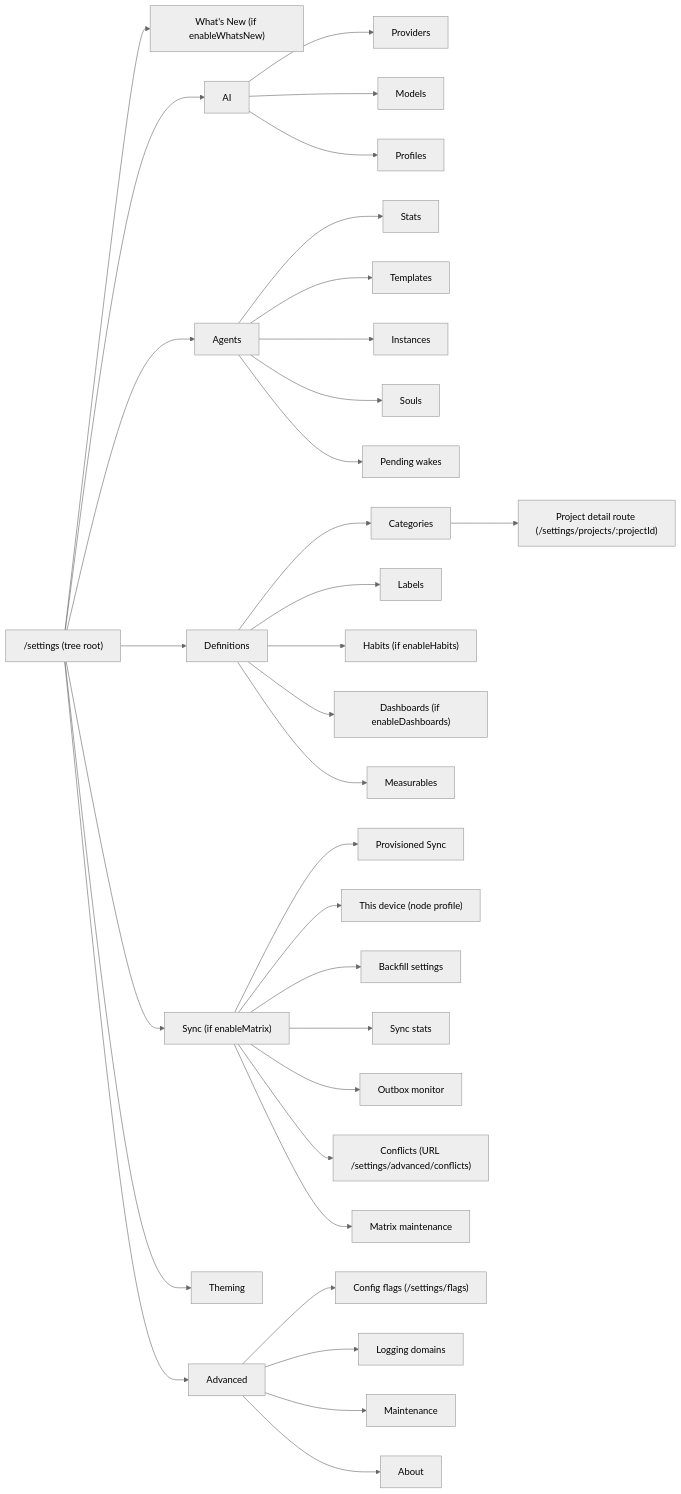
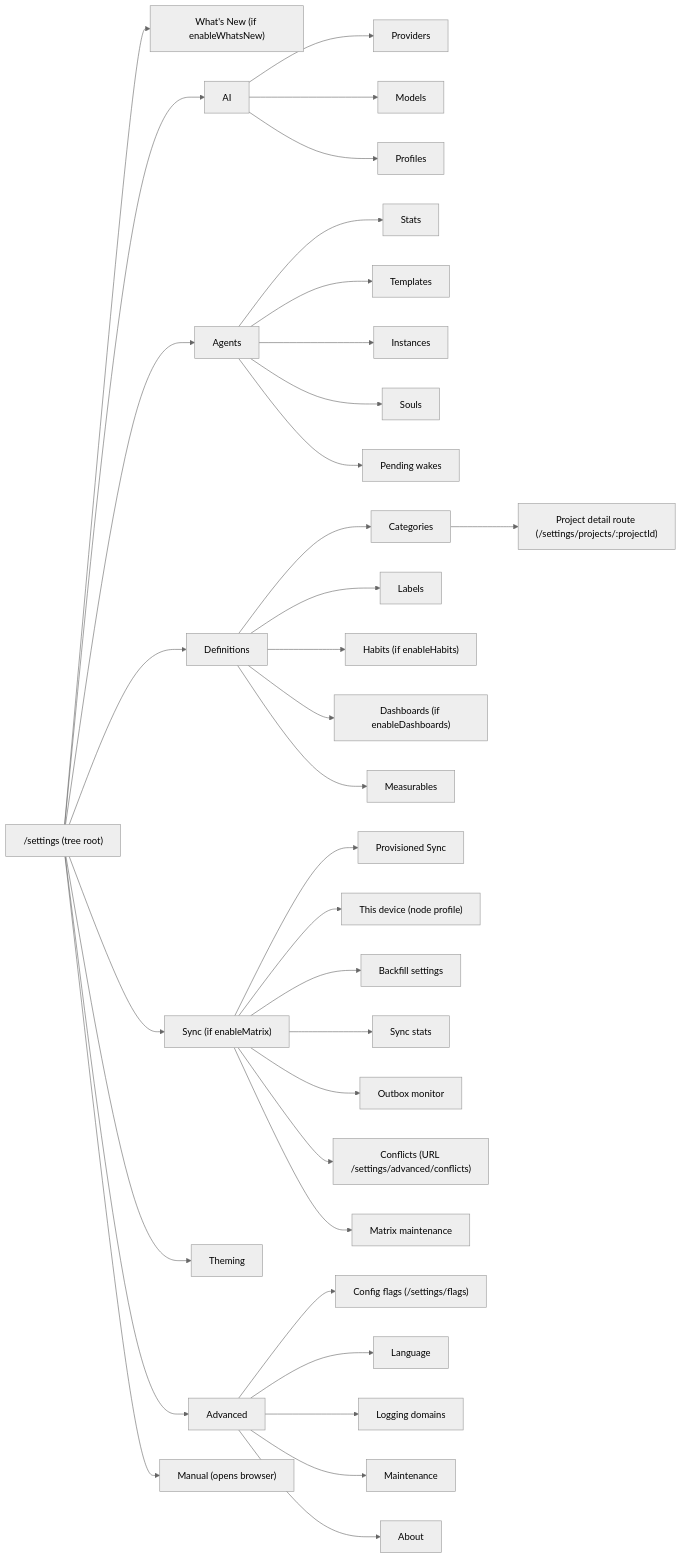
Before and after one commit to matthiasn/lotti: the fourth of 8 diagrams in lib/features/settings/README.md, drawn with Mermaid (neutral theme). The commit also changed other lines of this file and 53 other files, not shown here.

Commit message:
feat: add localized manual access and language override (#3505)

````diff
--- a/lib/features/settings/README.md
+++ b/lib/features/settings/README.md
@@ -245,39 +247,41 @@
 ```mermaid
 flowchart LR
   Landing["/settings (tree root)"] --> WhatsNew["What's New (if enableWhatsNew)"]
   Landing --> AI["AI"]
   Landing --> Agents["Agents"]
   Landing --> Sync["Sync (if enableMatrix)"]
   Landing --> Definitions["Definitions"]
   Landing --> Theming["Theming"]
   Landing --> Advanced["Advanced"]
+  Landing --> Manual["Manual (opens browser)"]
 
   AI --> Providers["Providers"]
   AI --> Models["Models"]
   AI --> Profiles["Profiles"]
 
   Agents --> AgentsStats["Stats"]
   Agents --> Templates["Templates"]
   Agents --> Instances["Instances"]
   Agents --> Souls["Souls"]
   Agents --> Pending["Pending wakes"]
 
   Definitions --> Categories["Categories"]
   Definitions --> Labels["Labels"]
   Definitions --> Habits["Habits (if enableHabits)"]
   Definitions --> Dashboards["Dashboards (if enableDashboards)"]
   Definitions --> Measurables["Measurables"]
 
   Categories --> Projects["Project detail route (/settings/projects/:projectId)"]
   Sync --> Provisioned["Provisioned Sync"]
   Sync --> NodeProfile["This device (node profile)"]
   Sync --> Backfill["Backfill settings"]
   Sync --> Stats["Sync stats"]
   Sync --> Outbox["Outbox monitor"]
   Sync --> Conflicts["Conflicts (URL /settings/advanced/conflicts)"]
   Sync --> MatrixMaint["Matrix maintenance"]
   Advanced --> Flags["Config flags (/settings/flags)"]
+  Advanced --> ManualLanguage["Language"]
   Advanced --> Logging["Logging domains"]
   Advanced --> Maint["Maintenance"]
   Advanced --> About["About"]
 ```
````
